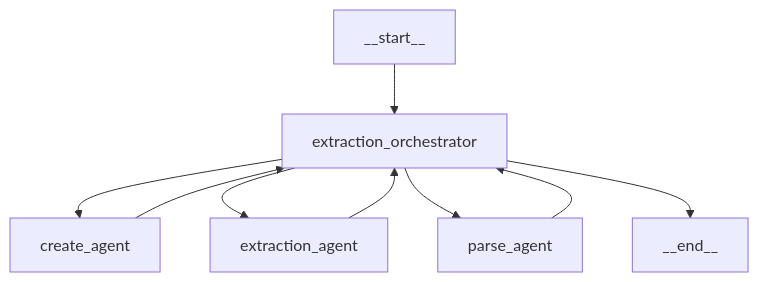
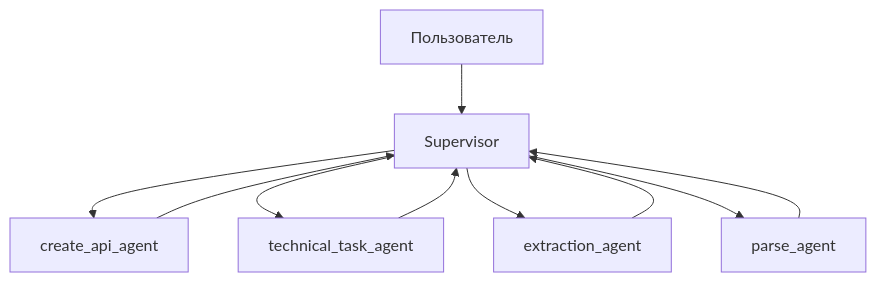
The diagram in README.md (Krastti/Project-practice), drawn with Mermaid before and after one commit. The commit also changed other lines of this file, not shown here.

````diff
--- a/README.md
+++ b/README.md
@@ -43,11 +26,12 @@
-``` mermaid
+```mermaid
 flowchart TD
-    A[__start__] --> B[extraction_orchestrator]
-    B --> C[create_agent]
-    B --> D[extraction_agent]
-    B --> E[parse_agent]
-    B --> F[__end__]
+    A[Пользователь] --> B[Supervisor]
+    B --> C[create_api_agent]
+    B --> D[technical_task_agent]
+    B --> E[extraction_agent]
+    B --> F[parse_agent]
     C --> B
     D --> B
     E --> B
+    F --> B
 ```
````
